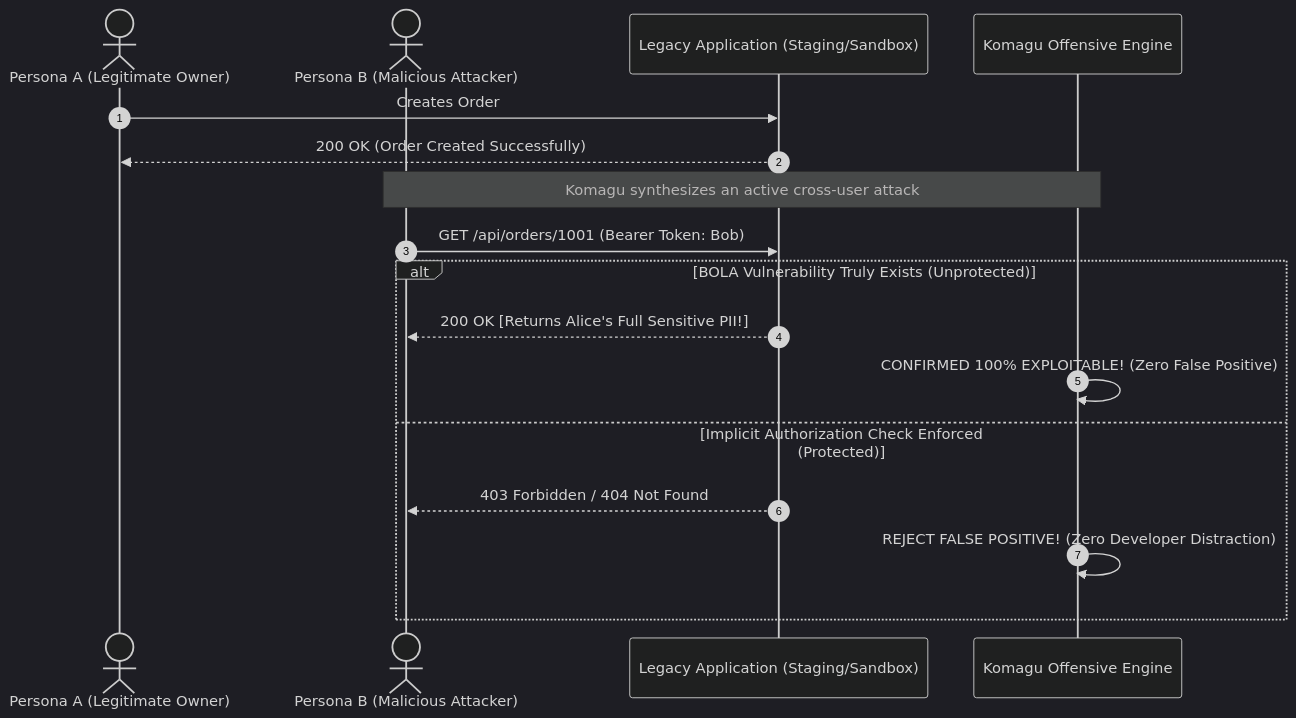
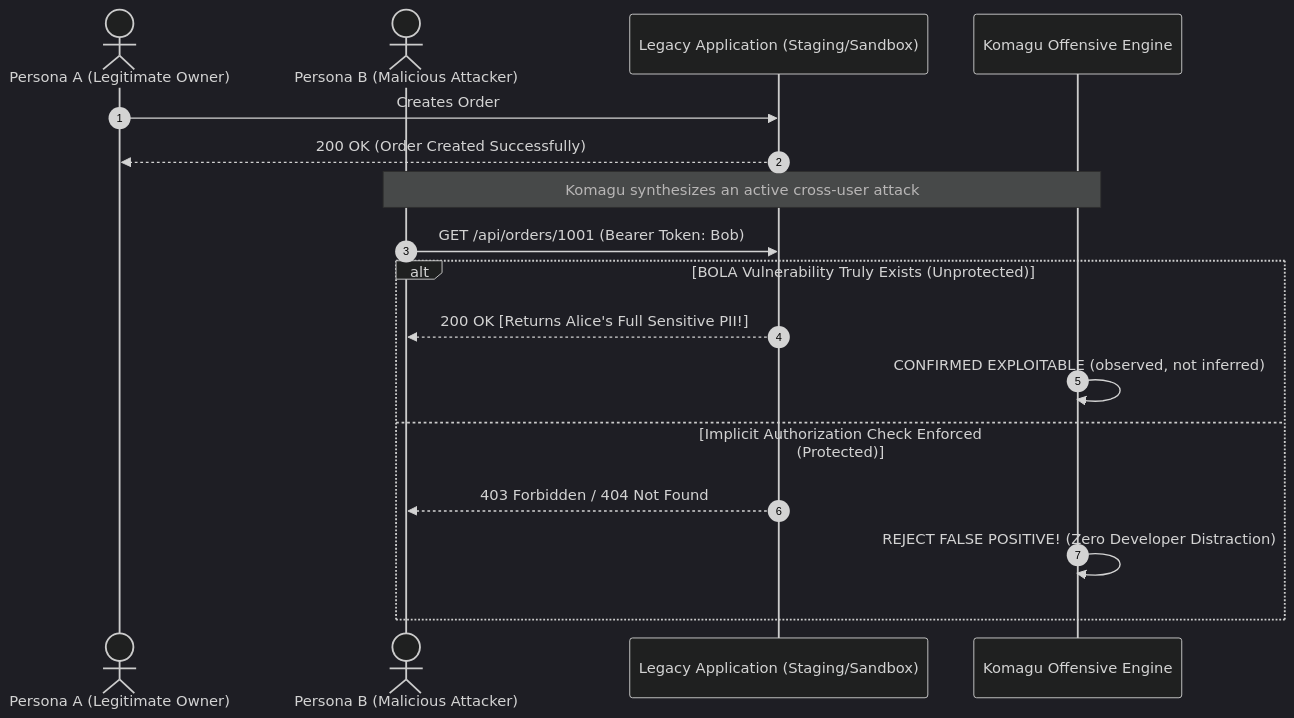
One commit to hoanghainh1188/komagu changed the second of 4 diagrams in docs/articles/offensive-defense-multi-ai-consensus-en.md. Above: the diagram before and after it, drawn with Mermaid (dark theme). The commit also changed other lines of this file and 96 other files, not shown here.

````diff
--- a/docs/articles/offensive-defense-multi-ai-consensus-en.md
+++ b/docs/articles/offensive-defense-multi-ai-consensus-en.md
@@ -71,22 +71,22 @@
 ```mermaid
 sequenceDiagram
     autonumber
     actor Alice as Persona A (Legitimate Owner)
     actor Bob as Persona B (Malicious Attacker)
     participant Target as Legacy Application (Staging/Sandbox)
     participant Komagu as Komagu Offensive Engine
 
     Alice->>Target: Creates Order #1001 (Owner: Alice)
     Target-->>Alice: 200 OK (Order Created Successfully)
     
     Note over Komagu,Bob: Komagu synthesizes an active cross-user attack
     Bob->>Target: GET /api/orders/1001 (Bearer Token: Bob)
     
     alt BOLA Vulnerability Truly Exists (Unprotected)
         Target-->>Bob: 200 OK [Returns Alice's Full Sensitive PII!]
-        Komagu->>Komagu: CONFIRMED 100% EXPLOITABLE! (Zero False Positive)
+        Komagu->>Komagu: CONFIRMED EXPLOITABLE (observed, not inferred)
     else Implicit Authorization Check Enforced (Protected)
         Target-->>Bob: 403 Forbidden / 404 Not Found
         Komagu->>Komagu: REJECT FALSE POSITIVE! (Zero Developer Distraction)
     end
 ```
````
